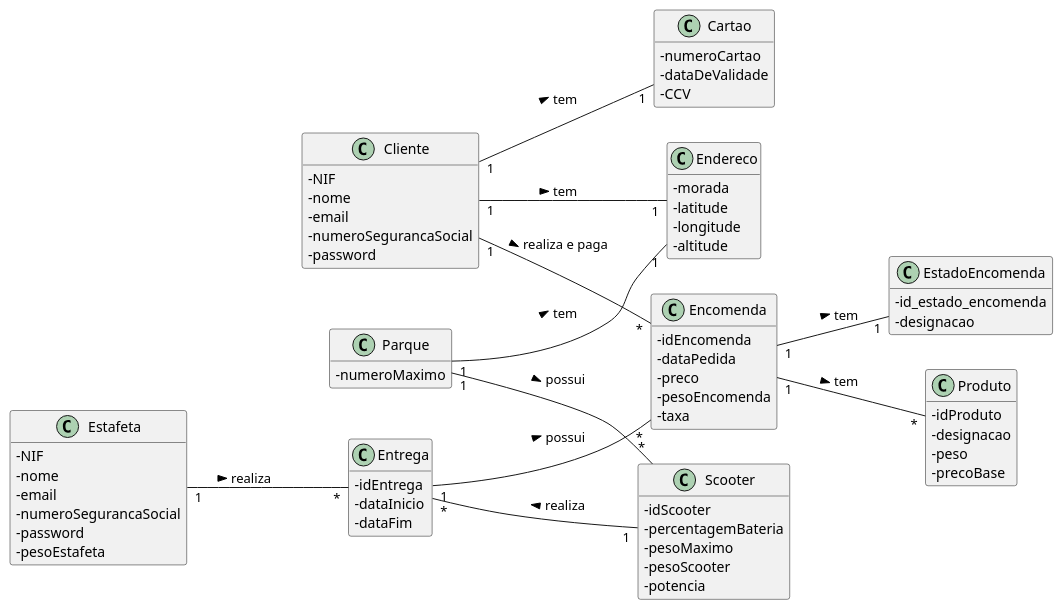
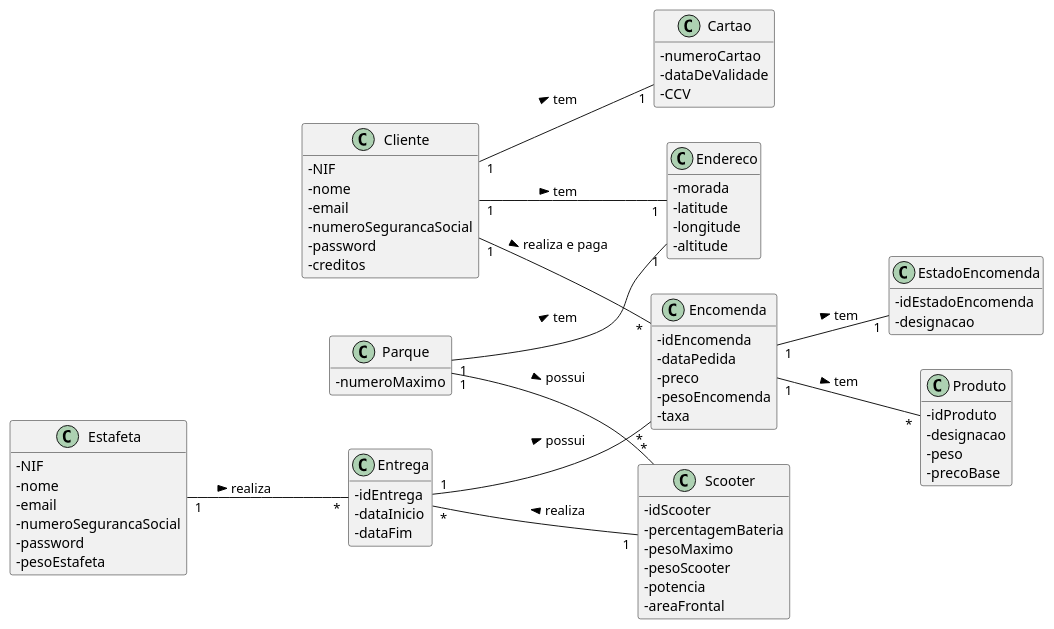
One commit to pedrolemos4/LAPR3 changed the diagram in docs/UC22/IniciaEntregaMD.puml. Above: the diagram before and after it, drawn with PlantUML. The commit also changed 7 other files, not shown here.

```diff
--- a/docs/UC22/IniciaEntregaMD.puml
+++ b/docs/UC22/IniciaEntregaMD.puml
@@ -1,86 +1,88 @@
 @startuml
 skinparam classAttributeIconSize 0
 hide methods
 left to right direction
 
 class Entrega {
   -idEntrega
   -dataInicio
   -dataFim
 }
 
 class Encomenda {
   -idEncomenda
   -dataPedida
   -preco
   -pesoEncomenda
   -taxa
 }
 
 
 class Estafeta {
   -NIF
   -nome
   -email
   -numeroSegurancaSocial
   -password
   -pesoEstafeta
 }
 
 class Endereco {
   -morada
   -latitude
   -longitude
   -altitude
 }
 
 class Scooter {
   -idScooter
   -percentagemBateria
   -pesoMaximo
   -pesoScooter
   -potencia
+  -areaFrontal
 }
 
 class Parque {
   -numeroMaximo
 }
 
 class Cliente {
   -NIF
   -nome
   -email
   -numeroSegurancaSocial
   -password
+  -creditos
 }
 
 class Cartao {
   -numeroCartao
   -dataDeValidade
   -CCV
 }
 
 class EstadoEncomenda {
-  -id_estado_encomenda
+  -idEstadoEncomenda
   -designacao
 }
 
 class Produto {
   -idProduto
   -designacao
   -peso
   -precoBase
 }
 
 Encomenda "1" -- "1" EstadoEncomenda : tem >
 Cliente "1" -- "1" Cartao : tem >
 Entrega "1" -- "*" Encomenda : possui >
 Estafeta "1" -- "*" Entrega: realiza >
 Cliente "1" -- "1" Endereco: tem >
 Cliente "1" -- "*" Encomenda: realiza e paga >
 Entrega "*" -- "1" Scooter: realiza <
 Encomenda "1" -- "*" Produto: tem >
 Parque "1" -- "*" Scooter: possui >
 Parque "1" -- "1" Endereco: tem >
 
 @enduml
```
